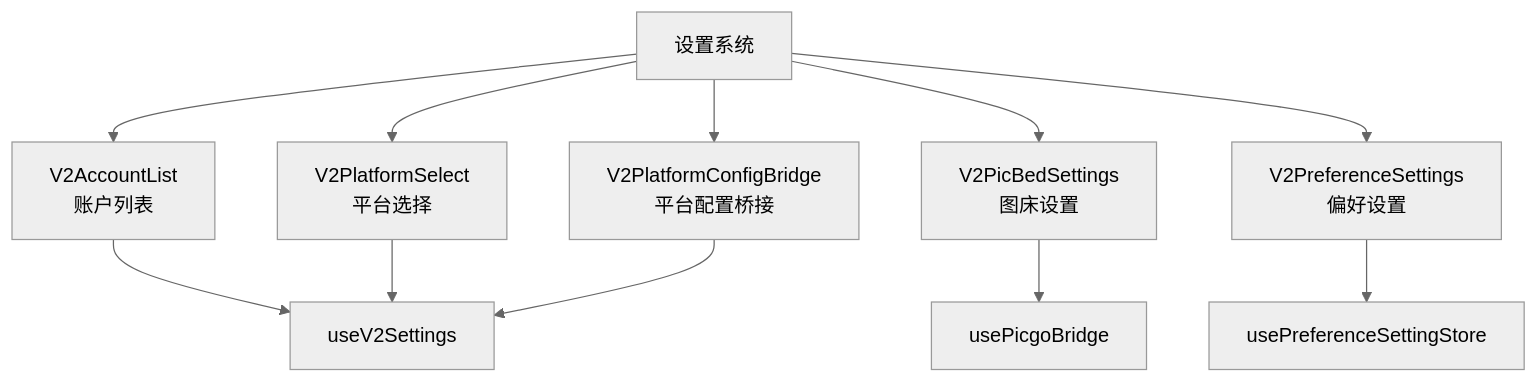
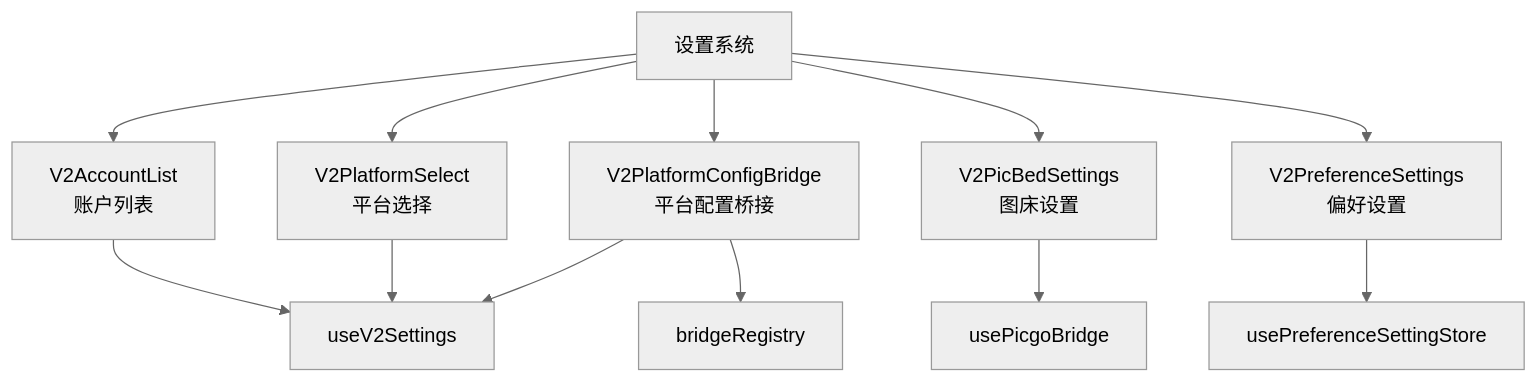
Before and after one commit to terwer/siyuan-plugin-publisher: the ninth of 12 diagrams in .qoder/repowiki/zh/content/用户界面组件/UI V2 迁移规范.md, drawn with Mermaid (neutral theme). The commit also changed other lines of this file and 6 other files, not shown here.

First line of the commit message:
docs(architecture): clarify and split workspace shell component responsibilities

````diff
--- a/.qoder/repowiki/zh/content/用户界面组件/UI V2 迁移规范.md
+++ b/.qoder/repowiki/zh/content/用户界面组件/UI V2 迁移规范.md
@@ -316,13 +618,14 @@
 ```mermaid
 graph TB
 Settings[设置系统] --> AccountList[V2AccountList<br/>账户列表]
 Settings --> PlatformSelect[V2PlatformSelect<br/>平台选择]
 Settings --> PlatformBridge[V2PlatformConfigBridge<br/>平台配置桥接]
 Settings --> PicBedSettings[V2PicBedSettings<br/>图床设置]
 Settings --> PreferenceSettings[V2PreferenceSettings<br/>偏好设置]
 AccountList --> SettingsLogic[useV2Settings]
 PlatformSelect --> SettingsLogic
 PlatformBridge --> SettingsLogic
 PicBedSettings --> PicgoBridge[usePicgoBridge]
 PreferenceSettings --> PrefStore[usePreferenceSettingStore]
+PlatformBridge --> BridgeRegistry[bridgeRegistry]
 ```
````
